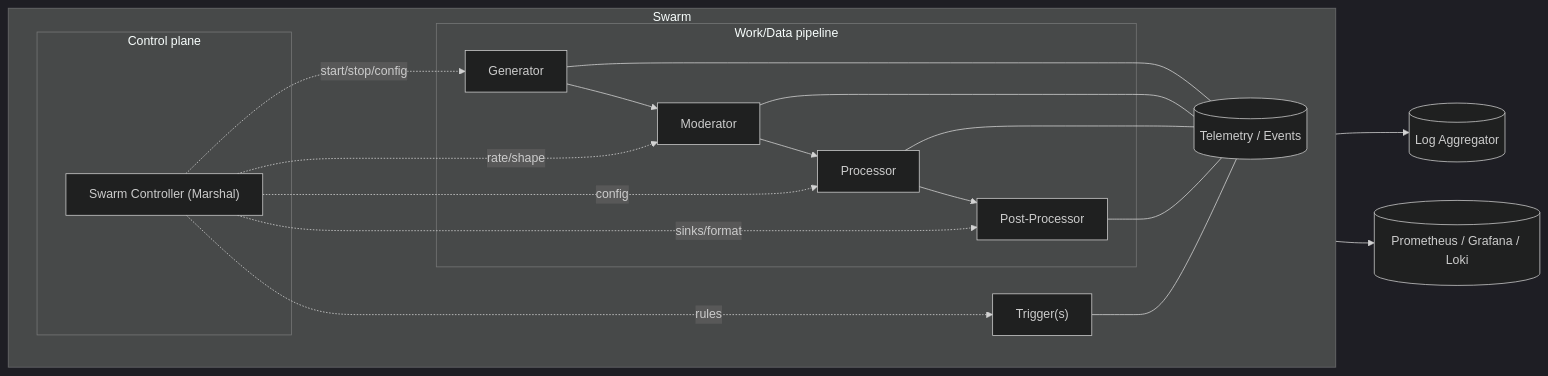
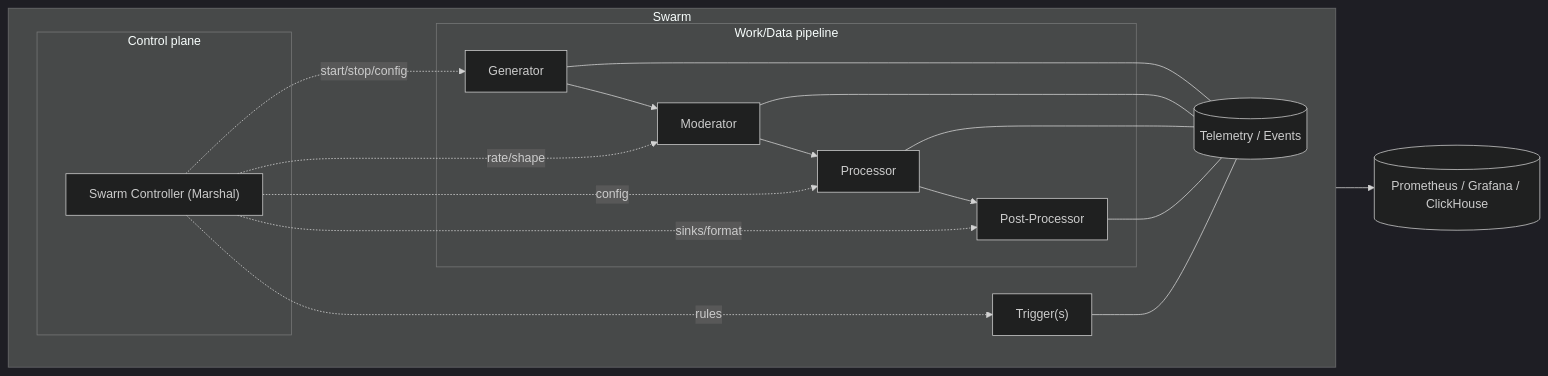
Before and after one commit to sepa79/PocketHive: the second of 3 diagrams in README.md, drawn with Mermaid (dark theme). The commit also changed other lines of this file and 112 other files, not shown here.

Commit message:
chore(observability): remove Loki log aggregation stack

````diff
--- a/README.md
+++ b/README.md
@@ -82,46 +82,44 @@
 ```mermaid
 flowchart LR
   %% Swarm boundary
   subgraph SWARM["Swarm <swarmId>"]
     direction LR
 
     %% Control plane
     subgraph CONTROL["Control plane"]
       MSH["Swarm Controller (Marshal)"]
     end
 
     %% Components
     GEN[Generator]
     MOD[Moderator]
     PRC[Processor]
     PST[Post‑Processor]
     TRG["Trigger(s)"]
 
     %% Work/Data pipeline
     subgraph DATA["Work/Data pipeline"]
       GEN --> MOD --> PRC --> PST
     end
 
     %% Control relationships (dashed)
     MSH -. start/stop/config .-> GEN
     MSH -. rate/shape .-> MOD
     MSH -. config .-> PRC
     MSH -. sinks/format .-> PST
     MSH -. rules .-> TRG
 
     %% Telemetry fan‑in
     TELE[(Telemetry / Events)]
     GEN --- TELE
     MOD --- TELE
     PRC --- TELE
     PST --- TELE
     TRG --- TELE
   end
 
   %% External observers
-  LOG[(Log Aggregator)]
-  OBS[(Prometheus / Grafana / Loki)]
+  OBS[(Prometheus / Grafana / ClickHouse)]
 
-  TELE --> LOG
   TELE --> OBS
 ```
````
